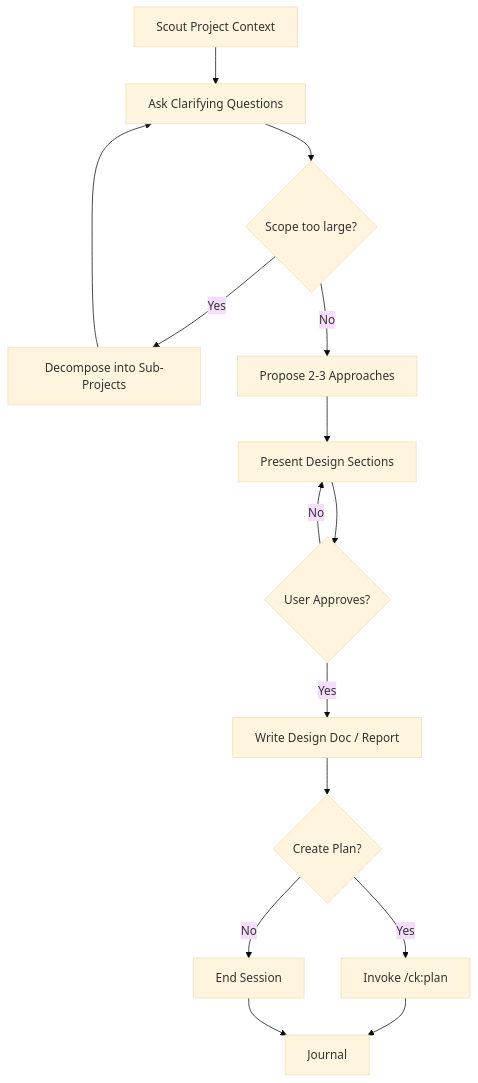
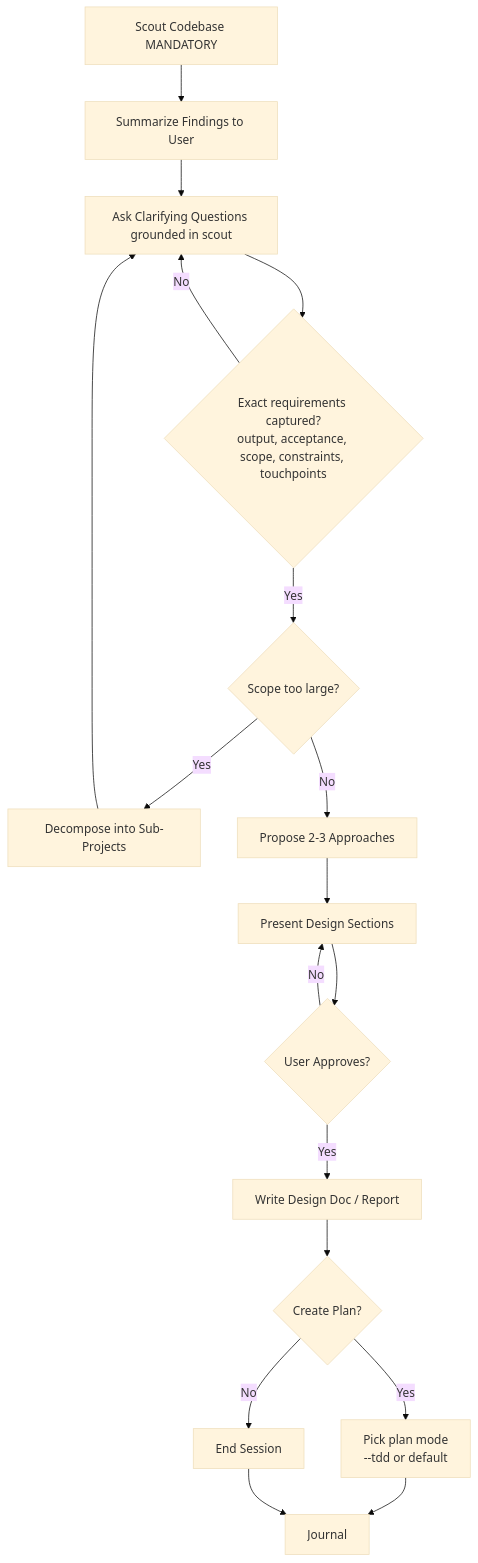
Before and after one commit to thanhtrucs-tn/flutter_application_1: the diagram in .claude/skills/brainstorm/SKILL.md, drawn with Mermaid (base theme). The commit also changed other lines of this file and 454 other files, not shown here.

````diff
--- a/.claude/skills/brainstorm/SKILL.md
+++ b/.claude/skills/brainstorm/SKILL.md
@@ -67,17 +96,20 @@
 ```mermaid
 flowchart TD
-    A[Scout Project Context] --> B[Ask Clarifying Questions]
-    B --> C{Scope too large?}
+    A[Scout Codebase MANDATORY] --> A2[Summarize Findings to User]
+    A2 --> B[Ask Clarifying Questions grounded in scout]
+    B --> B2{Exact requirements captured?<br/>output, acceptance, scope, constraints, touchpoints}
+    B2 -->|No| B
+    B2 -->|Yes| C{Scope too large?}
     C -->|Yes| D[Decompose into Sub-Projects]
     D --> B
     C -->|No| E[Propose 2-3 Approaches]
     E --> F[Present Design Sections]
     F --> G{User Approves?}
     G -->|No| F
     G -->|Yes| H[Write Design Doc / Report]
     H --> I{Create Plan?}
-    I -->|Yes| J[Invoke /ck:plan]
+    I -->|Yes| J[Pick plan mode<br/>--tdd or default]
     I -->|No| K[End Session]
     J --> L[Journal]
     K --> L
 ```
````
